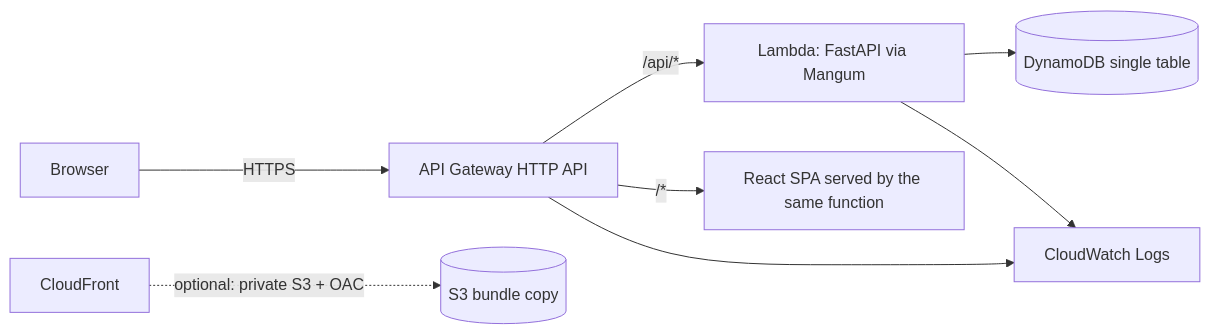
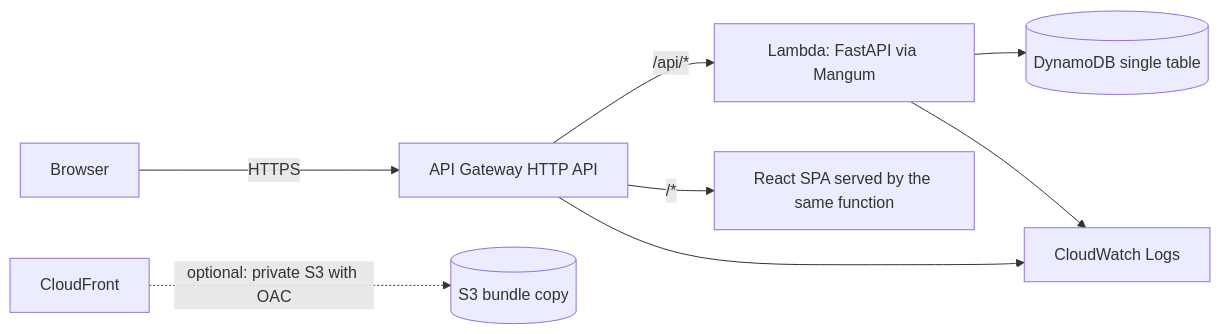
Before and after one commit to LOKESHPJ/enterprise-cloud-platform: the first of 2 diagrams in README.md, drawn with Mermaid. The commit also changed other lines of this file and 6 other files, not shown here.

````diff
--- a/README.md
+++ b/README.md
@@ -145,10 +140,10 @@
 ```mermaid
 flowchart LR
     U[Browser] -->|HTTPS| APIGW[API Gateway HTTP API]
     APIGW -->|/api/*| L[Lambda: FastAPI via Mangum]
     APIGW -->|/*| SPA[React SPA served by the same function]
     L --> DDB[(DynamoDB single table)]
     L --> LOGS[CloudWatch Logs]
     APIGW --> LOGS
-    CF[CloudFront] -.->|optional: private S3 + OAC| S3[(S3 bundle copy)]
+    CF[CloudFront] -.->|optional: private S3 with OAC| S3[(S3 bundle copy)]
 ```
````
